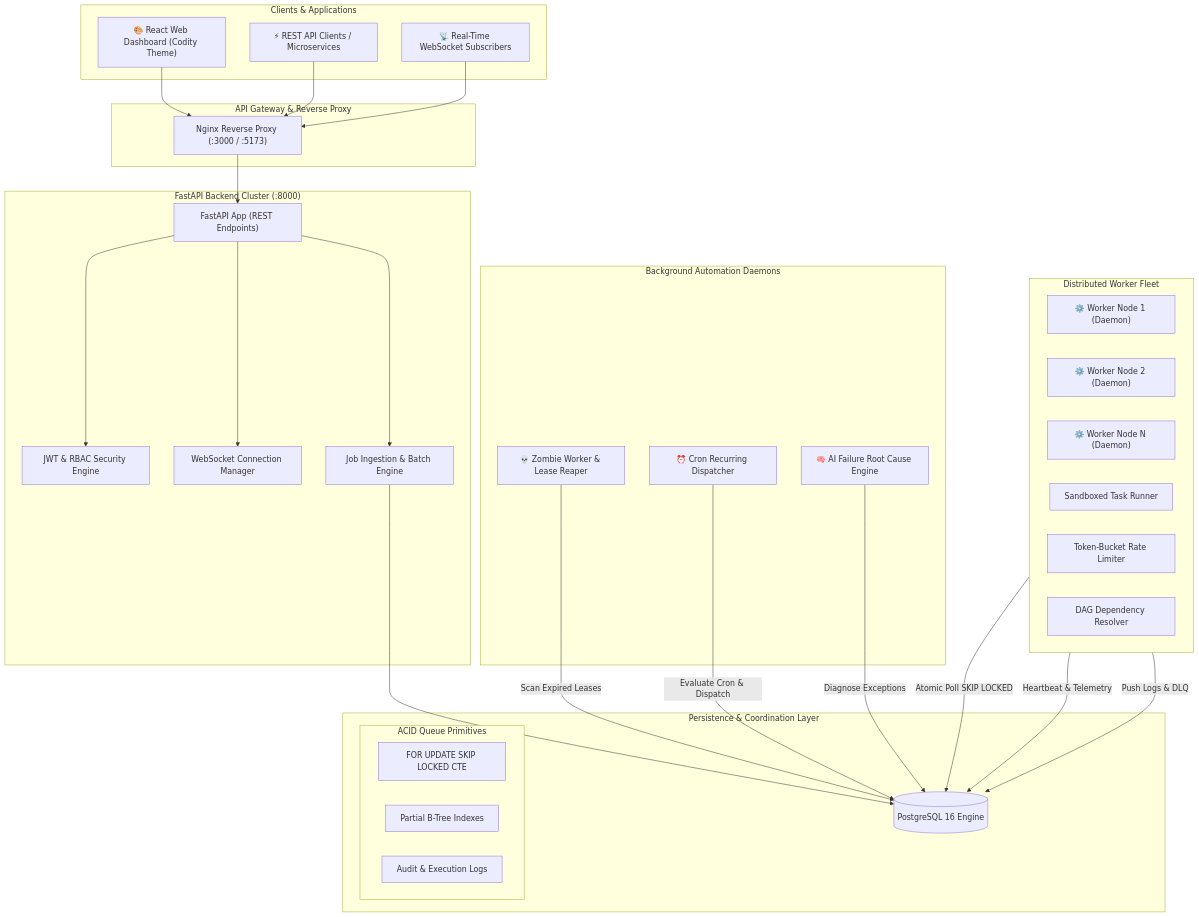
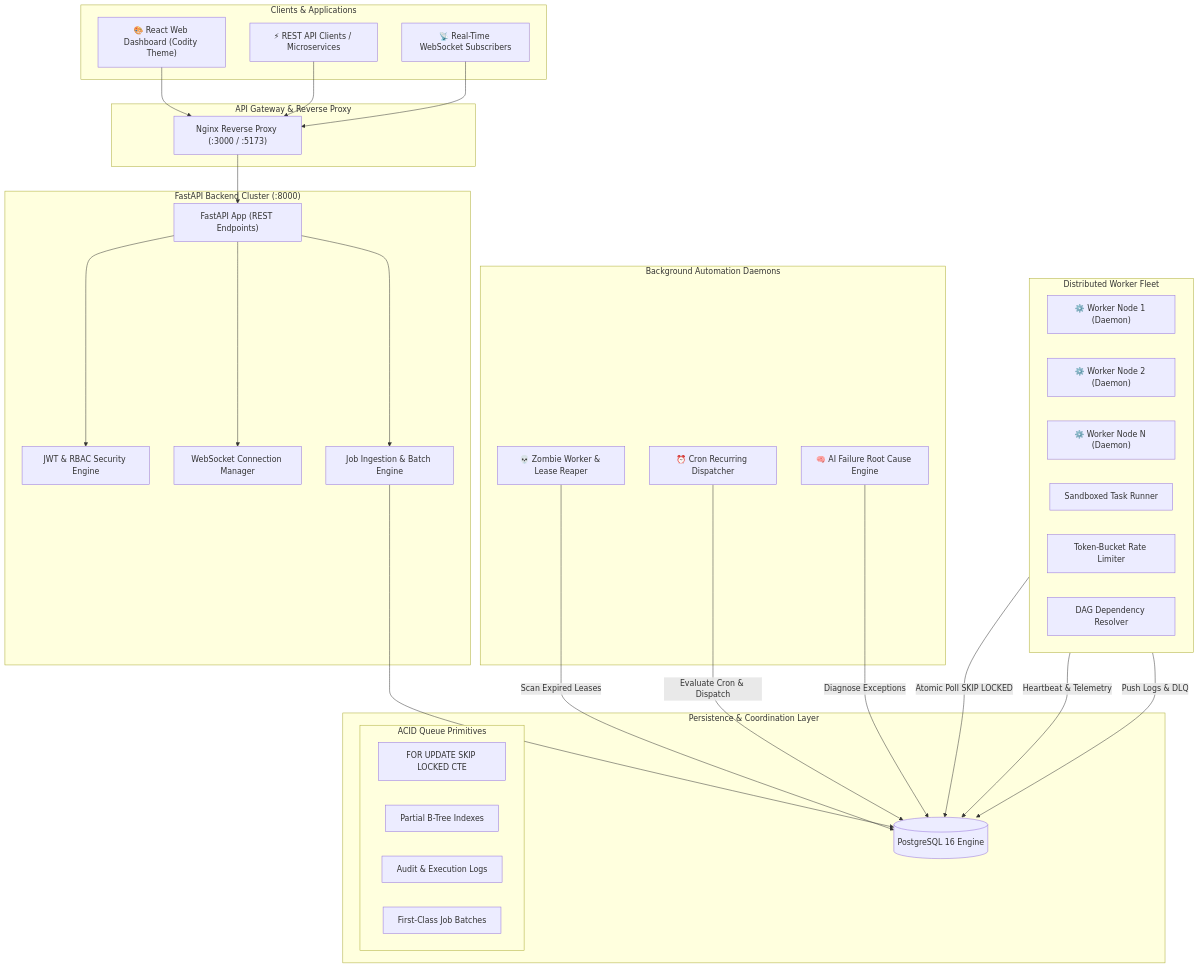
One commit to rohitmore2020/Job_schedular changed the diagram in README.md. Above: the diagram before and after it, drawn with Mermaid. The commit also changed other lines of this file and 18 other files, not shown here.

Commit message:
Implement first-class JobBatch subsystem with atomic multi-job submission, progress tracking, and dashboard visualization

````diff
--- a/README.md
+++ b/README.md
@@ -34,61 +35,62 @@
 ```mermaid
 flowchart TB
     subgraph Clients["Clients & Applications"]
         Browser["🎨 React Web Dashboard (Codity Theme)"]
         HTTPClient["⚡ REST API Clients / Microservices"]
         WSClient["📡 Real-Time WebSocket Subscribers"]
     end
 
     subgraph Gateway["API Gateway & Reverse Proxy"]
         Nginx["Nginx Reverse Proxy (:3000 / :5173)"]
     end
 
     subgraph BackendCluster["FastAPI Backend Cluster (:8000)"]
         API["FastAPI App (REST Endpoints)"]
         AuthModule["JWT & RBAC Security Engine"]
         WSManager["WebSocket Connection Manager"]
         JobIngest["Job Ingestion & Batch Engine"]
     end
 
     subgraph Storage["Persistence & Coordination Layer"]
         Postgres[(PostgreSQL 16 Engine)]
         subgraph PGFeatures["ACID Queue Primitives"]
             SkipLocked["FOR UPDATE SKIP LOCKED CTE"]
             PartialIdx["Partial B-Tree Indexes"]
             AuditLogs["Audit & Execution Logs"]
+            Batches["First-Class Job Batches"]
         end
     end
 
     subgraph WorkerFleet["Distributed Worker Fleet"]
         Worker1["⚙️ Worker Node 1 (Daemon)"]
         Worker2["⚙️ Worker Node 2 (Daemon)"]
         WorkerN["⚙️ Worker Node N (Daemon)"]
         Runner["Sandboxed Task Runner"]
         RateLimiter["Token-Bucket Rate Limiter"]
         DAGEngine["DAG Dependency Resolver"]
     end
 
     subgraph SchedulerDaemons["Background Automation Daemons"]
         Reaper["💀 Zombie Worker & Lease Reaper"]
         CronDispatcher["⏰ Cron Recurring Dispatcher"]
         AIDiagnostics["🧠 AI Failure Root Cause Engine"]
     end
 
     Browser --> Nginx
     HTTPClient --> Nginx
     WSClient --> Nginx
     Nginx --> API
 
     API --> AuthModule
     API --> WSManager
     API --> JobIngest
     JobIngest --> Postgres
 
     WorkerFleet -->|Atomic Poll SKIP LOCKED| Postgres
     WorkerFleet -->|Heartbeat & Telemetry| Postgres
     WorkerFleet -->|Push Logs & DLQ| Postgres
 
     Reaper -->|Scan Expired Leases| Postgres
     CronDispatcher -->|Evaluate Cron & Dispatch| Postgres
     AIDiagnostics -->|Diagnose Exceptions| Postgres
 ```
````
